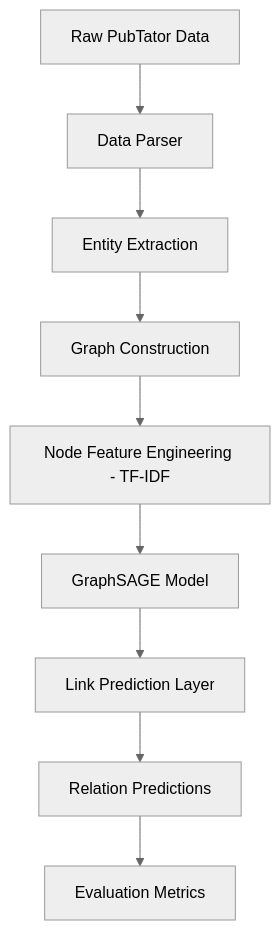
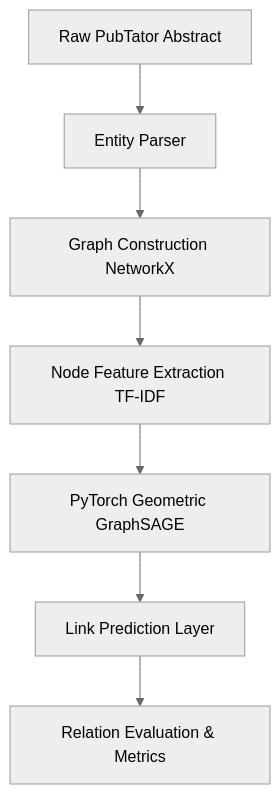
One commit to SanyogSingh07/Disease-GNN-Relation-Prediction changed the diagram in README.md. Above: the diagram before and after it, drawn with Mermaid (neutral theme). The commit also changed other lines of this file, not shown here.

Commit message:
docs: Standardize Disease-GNN README with architecture and execution guide

````diff
--- a/README.md
+++ b/README.md
@@ -22,11 +25,9 @@
 ```mermaid
 graph TD
-    A[Raw PubTator Data] --> B[Data Parser]
-    B --> C[Entity Extraction]
-    C --> D[Graph Construction]
-    D --> E[Node Feature Engineering - TF-IDF]
-    E --> F[GraphSAGE Model]
-    F --> G[Link Prediction Layer]
-    G --> H[Relation Predictions]
-    H --> I[Evaluation Metrics]
+    A[Raw PubTator Abstract] --> B[Entity Parser]
+    B --> C[Graph Construction NetworkX]
+    C --> D[Node Feature Extraction TF-IDF]
+    D --> E[PyTorch Geometric GraphSAGE]
+    E --> F[Link Prediction Layer]
+    F --> G[Relation Evaluation & Metrics]
 ```
````
